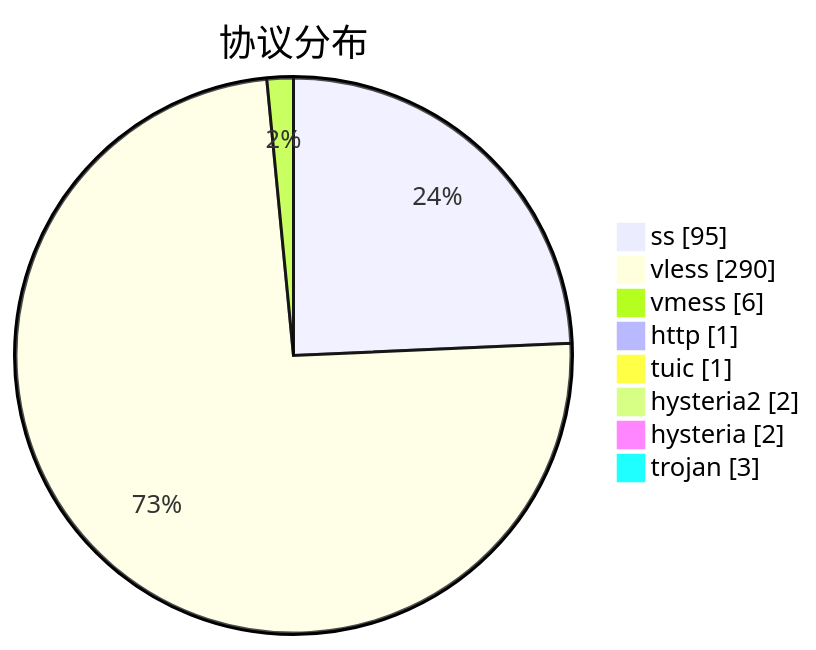
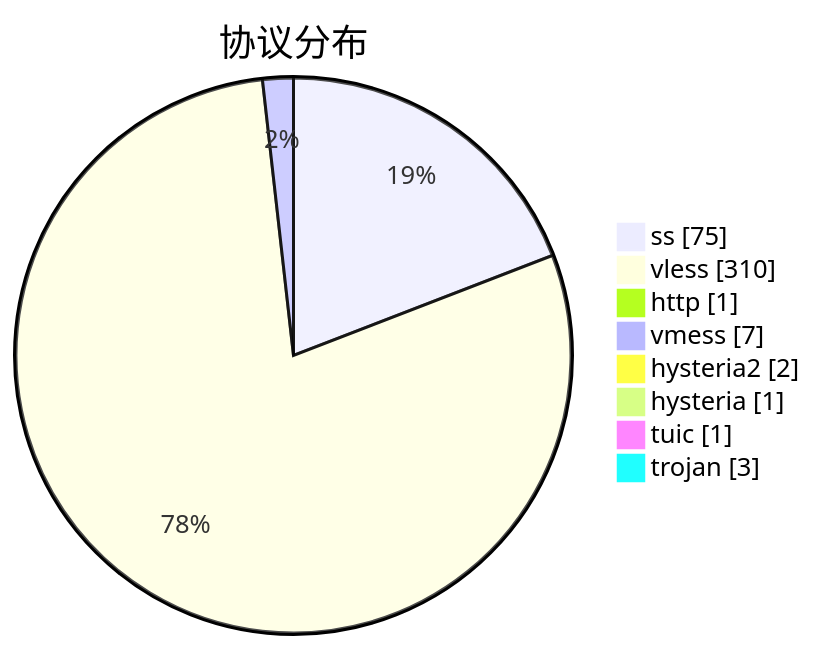
The third of 3 diagrams in subs/statistics/tested_within.md (qjlxg/airport), drawn with Mermaid before and after one commit. The commit also changed other lines of this file and 2 other files, not shown here.

````diff
--- a/subs/statistics/tested_within.md
+++ b/subs/statistics/tested_within.md
@@ -28,12 +28,12 @@
 ```mermaid
 pie showData
 title 协议分布
-"ss" : 95
-"vless" : 290
-"vmess" : 6
+"ss" : 75
+"vless" : 310
 "http" : 1
+"vmess" : 7
+"hysteria2" : 2
+"hysteria" : 1
 "tuic" : 1
-"hysteria2" : 2
-"hysteria" : 2
 "trojan" : 3
 ```
````
